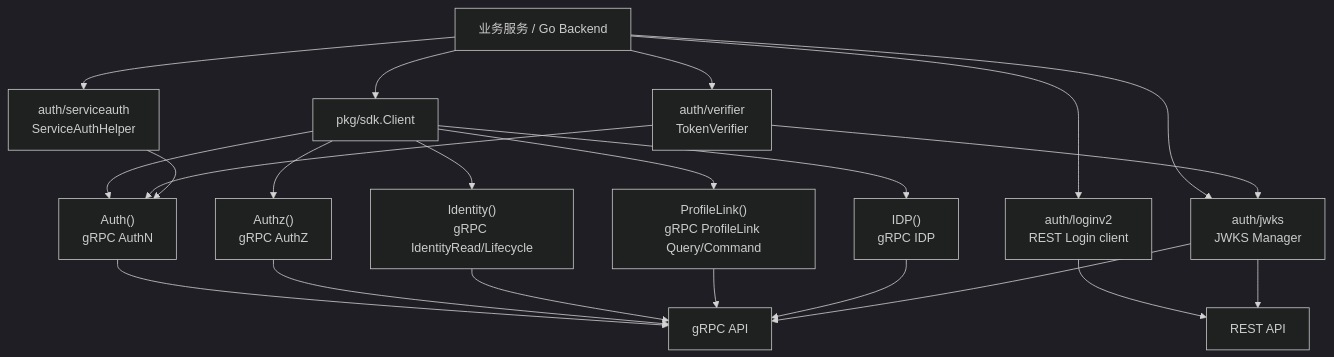
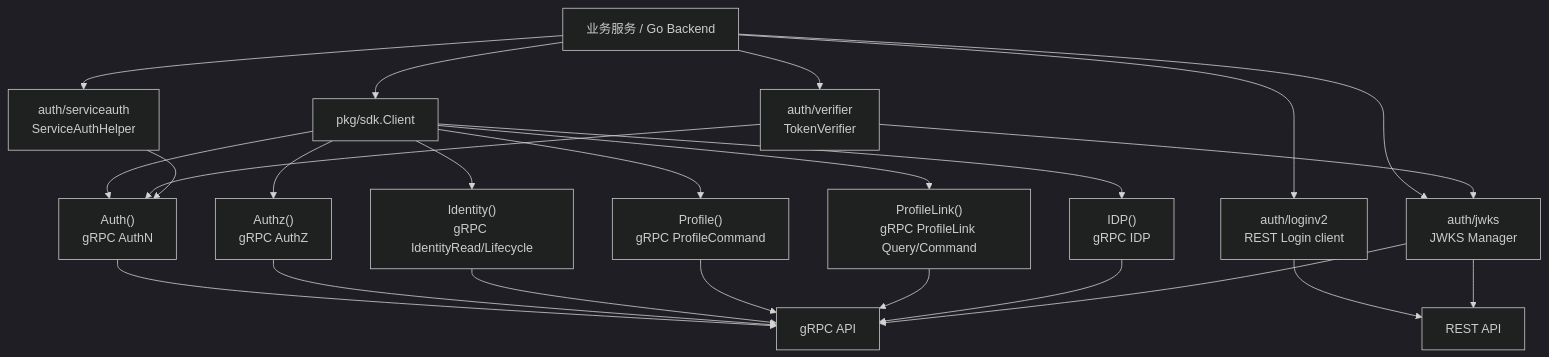
Before and after one commit to FangcunMount/iam: the first of 2 diagrams in docs/05-接入与契约/03-SDK接入模型.md, drawn with Mermaid (dark theme). The commit also changed other lines of this file and 12 other files, not shown here.

Commit message:
feat iam sdk 更新：新增 factory.go：identity.NewClientFromConn、NewProfileClientFromConn、NewProfileLinkClientFromConn。 pkg/sdk/client.go 的 initSubClients 改为使用这些工厂，保持拆分式 SDK 装配规则集中。

````diff
--- a/docs/05-接入与契约/03-SDK接入模型.md
+++ b/docs/05-接入与契约/03-SDK接入模型.md
@@ -98,41 +101,44 @@
 ```mermaid
 flowchart TD
     App["业务服务 / Go Backend"]
     SDK["pkg/sdk.Client"]
     LoginV2["auth/loginv2<br/>REST Login client"]
     Auth["Auth()<br/>gRPC AuthN"]
     Authz["Authz()<br/>gRPC AuthZ"]
     Identity["Identity()<br/>gRPC IdentityRead/Lifecycle"]
+    Profile["Profile()<br/>gRPC ProfileCommand"]
     ProfileLink["ProfileLink()<br/>gRPC ProfileLink Query/Command"]
     IDP["IDP()<br/>gRPC IDP"]
     JWKS["auth/jwks<br/>JWKS Manager"]
     Verifier["auth/verifier<br/>TokenVerifier"]
     ServiceAuth["auth/serviceauth<br/>ServiceAuthHelper"]
 
     REST["REST API"]
     GRPC["gRPC API"]
 
     App --> SDK
     App --> LoginV2
     App --> JWKS
     App --> Verifier
     App --> ServiceAuth
 
     SDK --> Auth
     SDK --> Authz
     SDK --> Identity
+    SDK --> Profile
     SDK --> ProfileLink
     SDK --> IDP
 
     LoginV2 --> REST
     Auth --> GRPC
     Authz --> GRPC
     Identity --> GRPC
+    Profile --> GRPC
     ProfileLink --> GRPC
     IDP --> GRPC
     JWKS --> REST
     JWKS --> GRPC
     Verifier --> JWKS
     Verifier --> Auth
     ServiceAuth --> Auth
 ```
````
